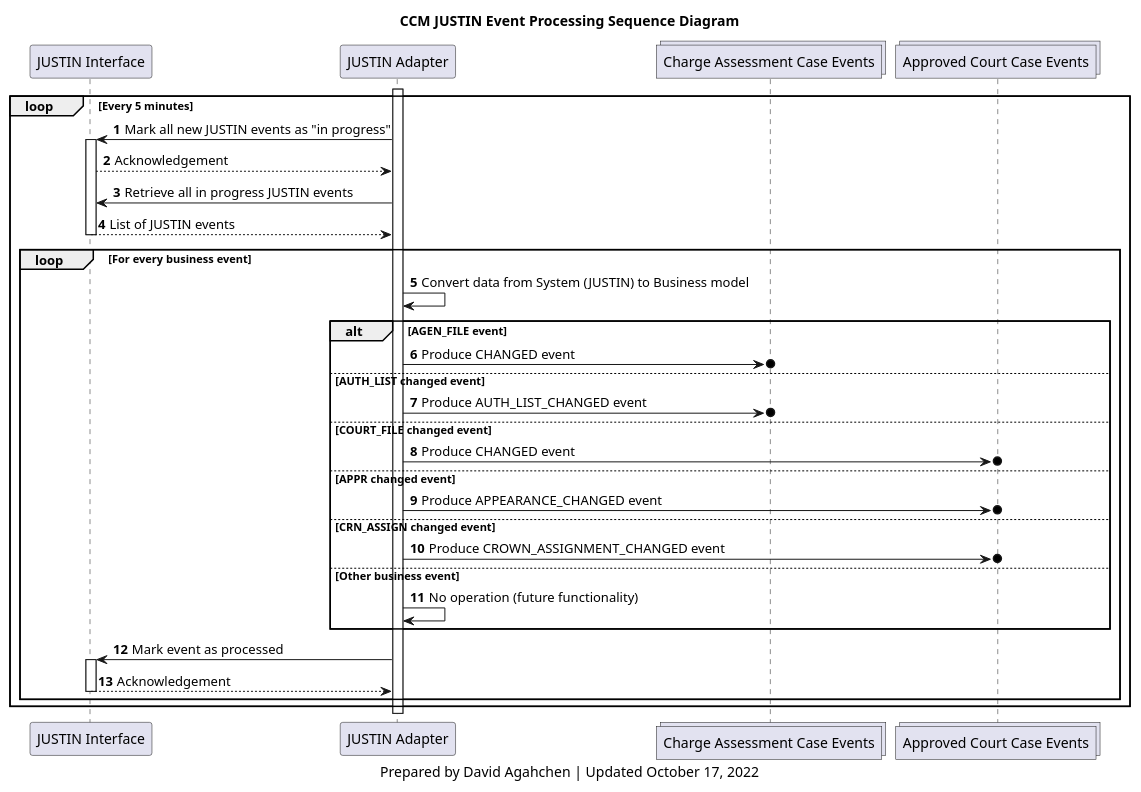
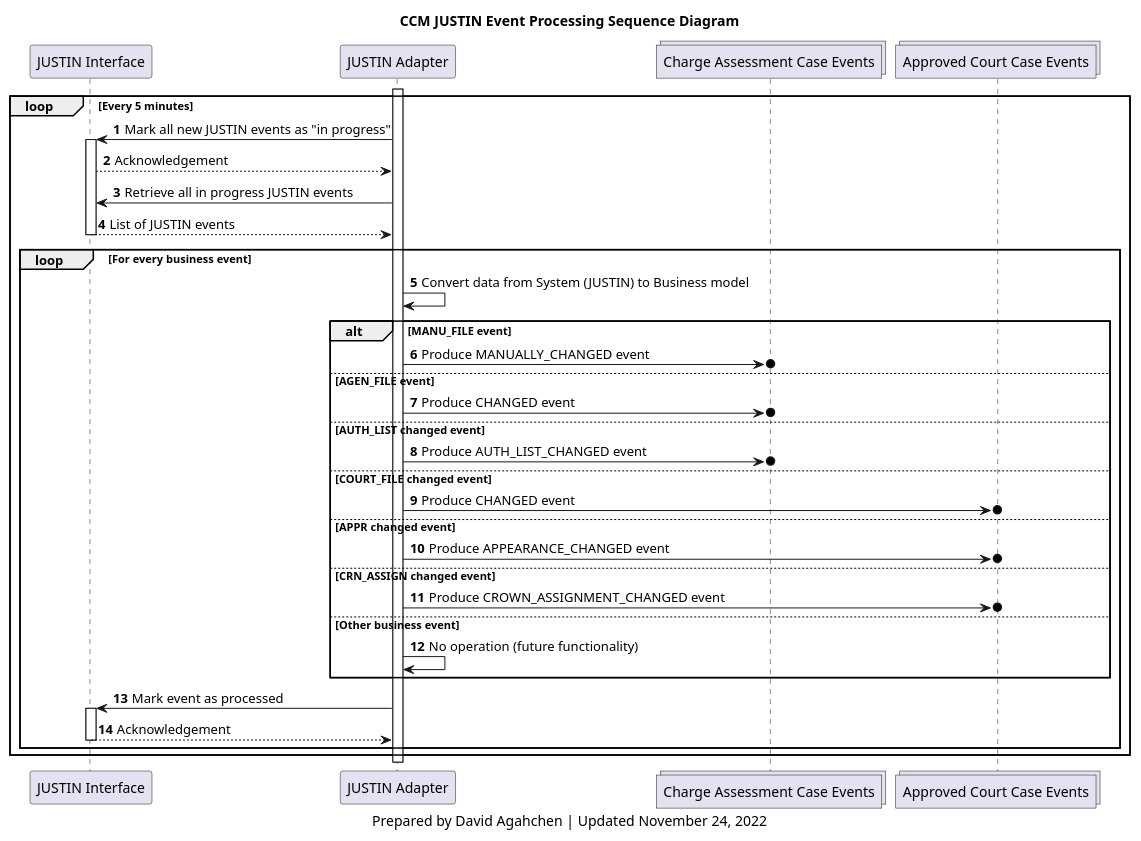
One commit to bcgov/jpss-jade-ccm changed the diagram in diagrams/ccm_justin_event_processing_sequence_diagram.plantuml. Above: the diagram before and after it, drawn with PlantUML. The commit also changed 5 other files, not shown here.

Commit message:
JADE-1828 sequence diagram updates

```diff
--- a/diagrams/ccm_justin_event_processing_sequence_diagram.plantuml
+++ b/diagrams/ccm_justin_event_processing_sequence_diagram.plantuml
@@ -1,48 +1,50 @@
 @startuml
 'hide footbox
 participant j_interface as "JUSTIN Interface"
 participant j_adapter as "JUSTIN Adapter"
 collections charge_assessment_cases_topic as "Charge Assessment Case Events"
 collections approved_court_cases_topic as "Approved Court Case Events"
 
 title
 CCM JUSTIN Event Processing Sequence Diagram
 end title
 
 autonumber
 
 activate j_adapter
 loop Every 5 minutes
     j_adapter-> j_interface: Mark all new JUSTIN events as "in progress"
     activate j_interface
     j_interface --> j_adapter: Acknowledgement
     j_adapter-> j_interface: Retrieve all in progress JUSTIN events
     j_interface --> j_adapter: List of JUSTIN events
     deactivate j_interface
     loop For every business event
         j_adapter -> j_adapter: Convert data from System (JUSTIN) to Business model
-        alt AGEN_FILE event
+        alt MANU_FILE event
+            j_adapter ->o charge_assessment_cases_topic: Produce MANUALLY_CHANGED event
+        else AGEN_FILE event
             j_adapter ->o charge_assessment_cases_topic: Produce CHANGED event
         else AUTH_LIST changed event
             j_adapter ->o charge_assessment_cases_topic: Produce AUTH_LIST_CHANGED event
         else COURT_FILE changed event
             j_adapter ->o approved_court_cases_topic: Produce CHANGED event
         else APPR changed event
             j_adapter ->o approved_court_cases_topic: Produce APPEARANCE_CHANGED event
         else CRN_ASSIGN changed event
             j_adapter ->o approved_court_cases_topic: Produce CROWN_ASSIGNMENT_CHANGED event
         else Other business event
             j_adapter -> j_adapter: No operation (future functionality)
         end
         j_adapter -> j_interface: Mark event as processed
         activate j_interface
         j_interface --> j_adapter: Acknowledgement
         deactivate j_interface
     end
 end
 deactivate j_adapter
 
 caption
-Prepared by David Agahchen | Updated October 17, 2022
+Prepared by David Agahchen | Updated November 24, 2022
 end caption
 @enduml
```
